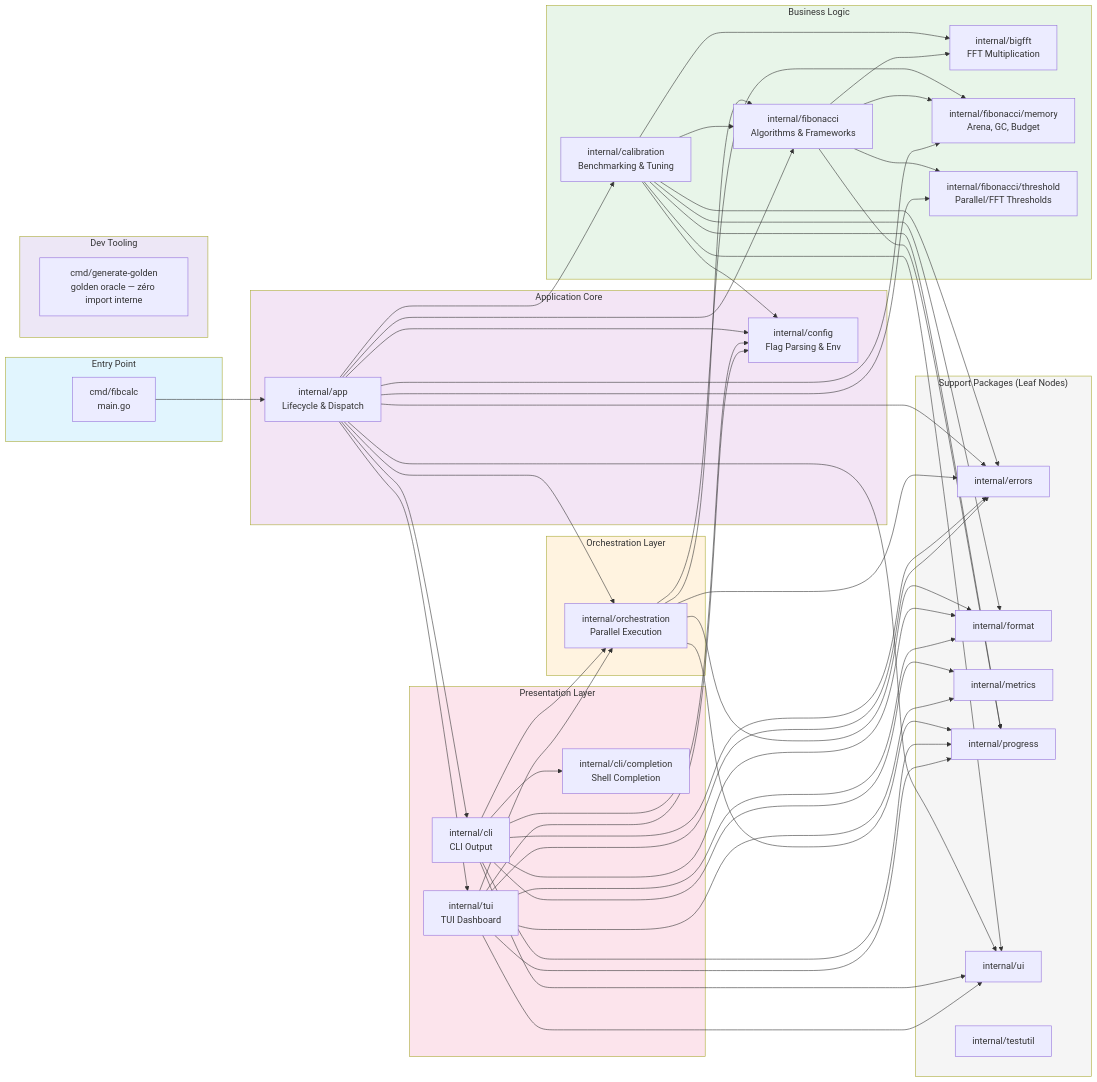
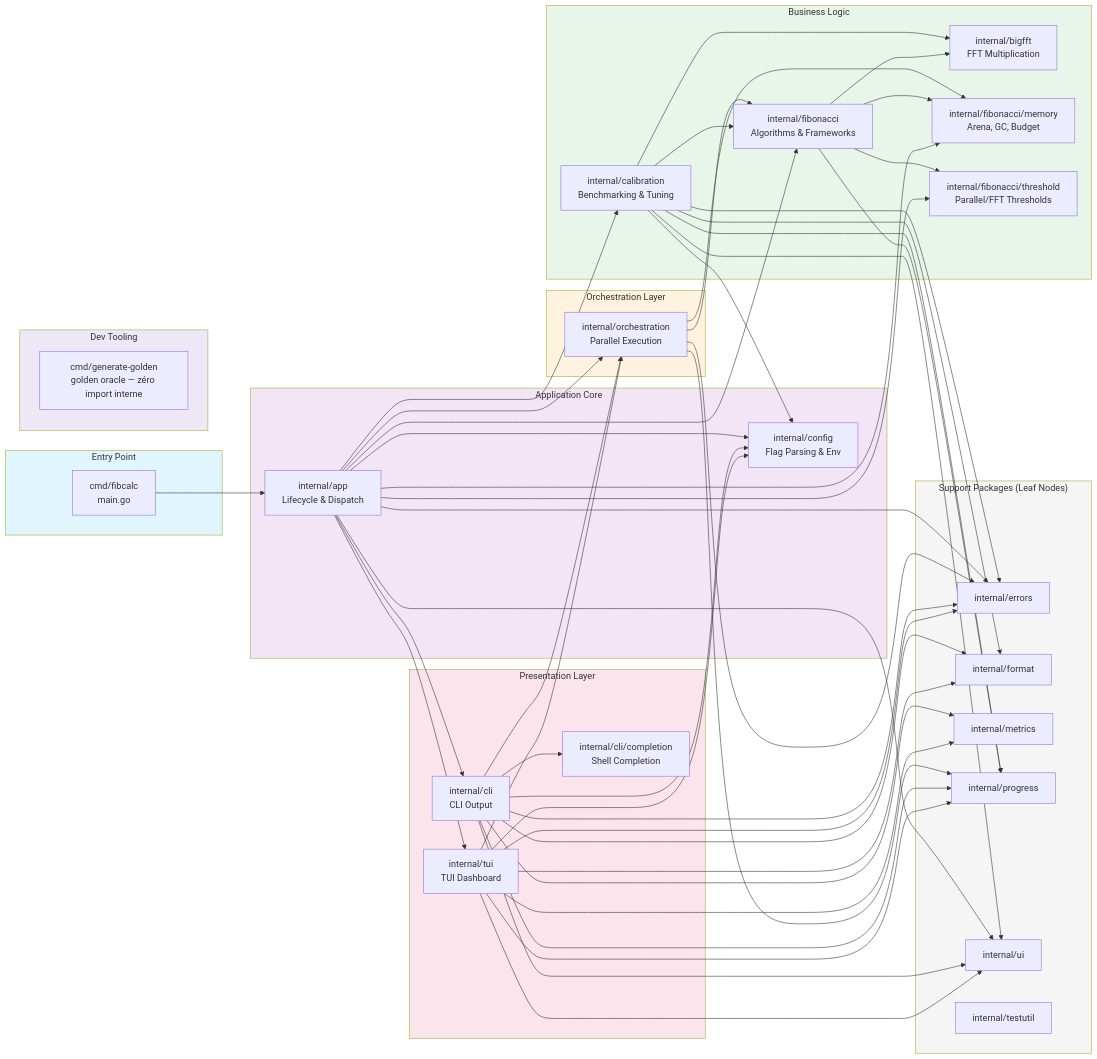
One commit to agbruneau/Fibonacci changed the diagram in docs/architecture/dependency-graph.mermaid. Above: the diagram before and after it, drawn with Mermaid. The commit also changed 2 other files, not shown here.

First paragraph of the commit message:
docs(plan): close wave 3 — journal deviations, changelog, stale mermaid edge
Wave 3 exit gate: arch_test green, e2e green, wsl go test -race green on
the entire tree (21/21 packages), -tags gmp -race green, scripts/check.sh
PASS (95.1% coverage). --version confirmed non-dev build identifier.

```diff
--- a/docs/architecture/dependency-graph.mermaid
+++ b/docs/architecture/dependency-graph.mermaid
@@ -1,97 +1,96 @@
 flowchart LR
     subgraph Entry["Entry Point"]
         main["cmd/fibcalc<br/>main.go"]
     end
 
     subgraph Tooling["Dev Tooling"]
         gen["cmd/generate-golden<br/>golden oracle — zéro import interne"]
     end
 
     subgraph Core["Application Core"]
         app["internal/app<br/>Lifecycle & Dispatch"]
         config["internal/config<br/>Flag Parsing & Env"]
     end
 
     subgraph Orchestration["Orchestration Layer"]
         orch["internal/orchestration<br/>Parallel Execution"]
     end
 
     subgraph Business["Business Logic"]
         fib["internal/fibonacci<br/>Algorithms & Frameworks"]
         bigfft["internal/bigfft<br/>FFT Multiplication"]
         calib["internal/calibration<br/>Benchmarking & Tuning"]
         fibmem["internal/fibonacci/memory<br/>Arena, GC, Budget"]
         fibthr["internal/fibonacci/threshold<br/>Parallel/FFT Thresholds"]
     end
 
     subgraph Presentation["Presentation Layer"]
         cli["internal/cli<br/>CLI Output"]
         completion["internal/cli/completion<br/>Shell Completion"]
         tui["internal/tui<br/>TUI Dashboard"]
     end
 
     subgraph Support["Support Packages (Leaf Nodes)"]
         errors["internal/errors"]
         format["internal/format"]
         metrics["internal/metrics"]
         progress["internal/progress"]
         ui["internal/ui"]
         testutil["internal/testutil"]
     end
 
     main --> app
     app --> config
     app --> orch
     app --> cli
     app --> tui
     app --> calib
     app --> fib
     app --> errors
     app --> ui
 
     orch --> fib
     orch --> errors
     orch --> progress
     orch --> fibmem
-    orch --> format
 
     calib --> fib
     calib --> bigfft
     calib --> config
     calib --> errors
     calib --> format
     calib --> ui
     calib --> progress
 
     fib --> bigfft
     fib --> progress
     fib --> fibmem
     fib --> fibthr
 
     cli --> completion
     cli --> format
     cli --> errors
     cli --> metrics
     cli --> ui
     cli --> orch
     cli --> config
     cli --> progress
 
     tui --> format
     tui --> metrics
     tui --> ui
     tui --> errors
     tui --> config
     tui --> orch
     tui --> progress
 
     app --> fibmem
     app --> fibthr
 
     style Entry fill:#e1f5fe
     style Tooling fill:#ede7f6
     style Core fill:#f3e5f5
     style Orchestration fill:#fff3e0
     style Business fill:#e8f5e9
     style Presentation fill:#fce4ec
     style Support fill:#f5f5f5
```
